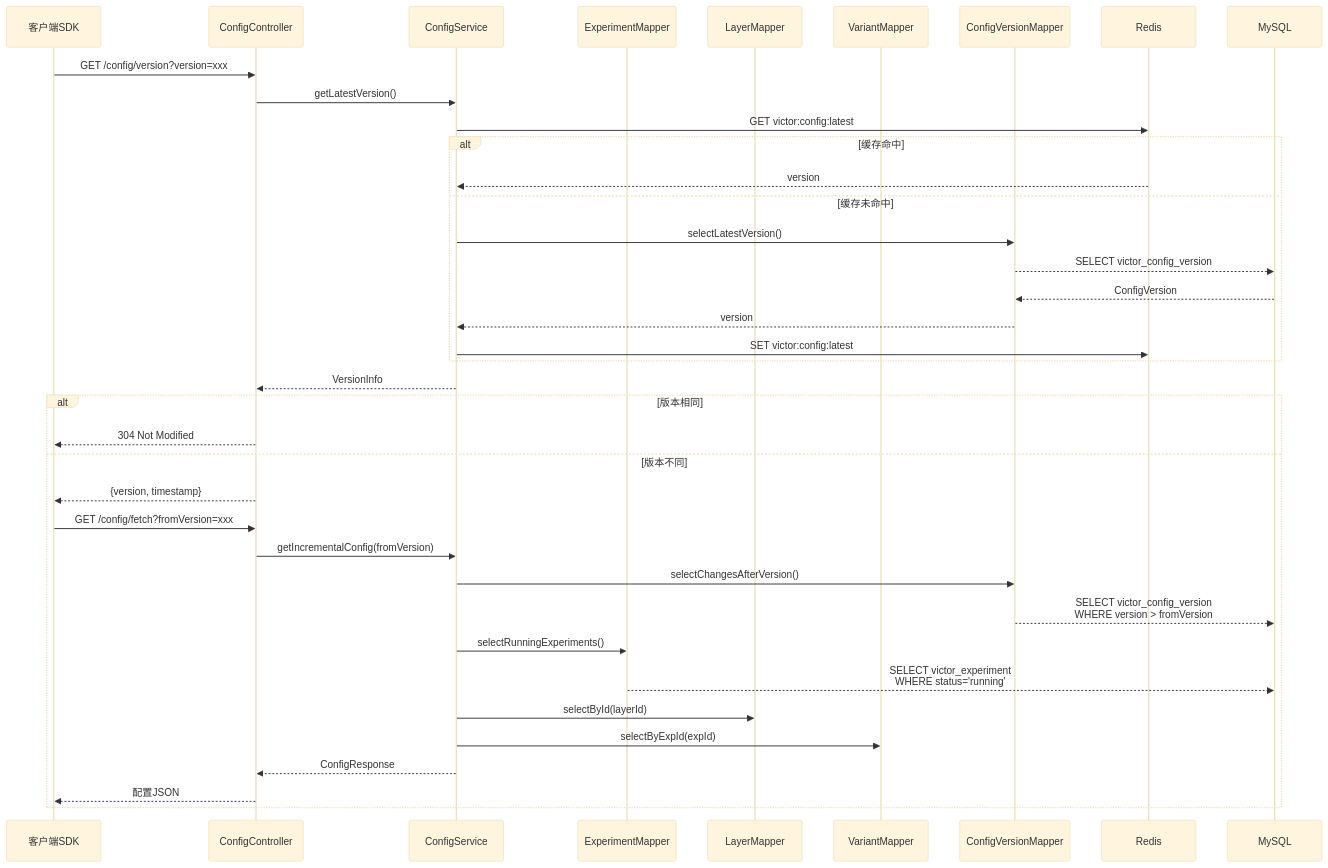
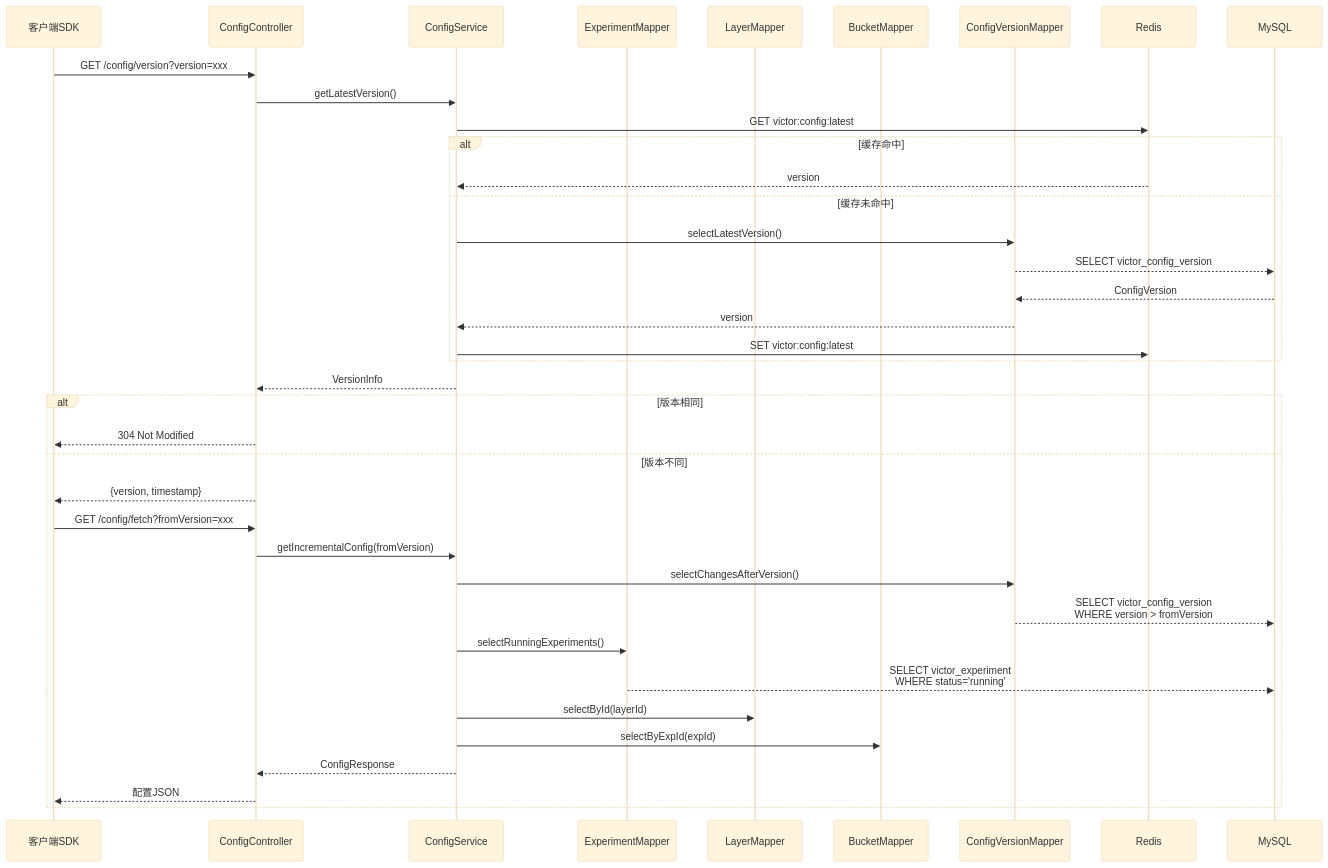
The fifth of 5 diagrams in docs/docs-site/dev/ab-system/data-model.md (HiCooper/gate-flow), drawn with Mermaid (base theme) before and after one commit. The commit also changed other lines of this file and 30 other files, not shown here.

````diff
--- a/docs/docs-site/dev/ab-system/data-model.md
+++ b/docs/docs-site/dev/ab-system/data-model.md
@@ -273,41 +418,41 @@
 ```mermaid
 sequenceDiagram
     participant SDK as 客户端SDK
     participant API as ConfigController
     participant S as ConfigService
     participant EM as ExperimentMapper
     participant LM as LayerMapper
-    participant VM as VariantMapper
+    participant BM as BucketMapper
     participant CV as ConfigVersionMapper
     participant Redis as Redis
     participant DB as MySQL
 
     SDK->>API: GET /config/version?version=xxx
     API->>S: getLatestVersion()
     S->>Redis: GET victor:config:latest
     alt 缓存命中
         Redis-->>S: version
     else 缓存未命中
         S->>CV: selectLatestVersion()
         CV-->>DB: SELECT victor_config_version
         DB-->>CV: ConfigVersion
         CV-->>S: version
         S->>Redis: SET victor:config:latest
     end
     S-->>API: VersionInfo
     alt 版本相同
         API-->>SDK: 304 Not Modified
     else 版本不同
         API-->>SDK: {version, timestamp}
         SDK->>API: GET /config/fetch?fromVersion=xxx
         API->>S: getIncrementalConfig(fromVersion)
         S->>CV: selectChangesAfterVersion()
         CV-->>DB: SELECT victor_config_version<br/>WHERE version > fromVersion
         S->>EM: selectRunningExperiments()
         EM-->>DB: SELECT victor_experiment<br/>WHERE status='running'
         S->>LM: selectById(layerId)
-        S->>VM: selectByExpId(expId)
+        S->>BM: selectByExpId(expId)
         S-->>API: ConfigResponse
         API-->>SDK: 配置JSON
     end
 ```
````
